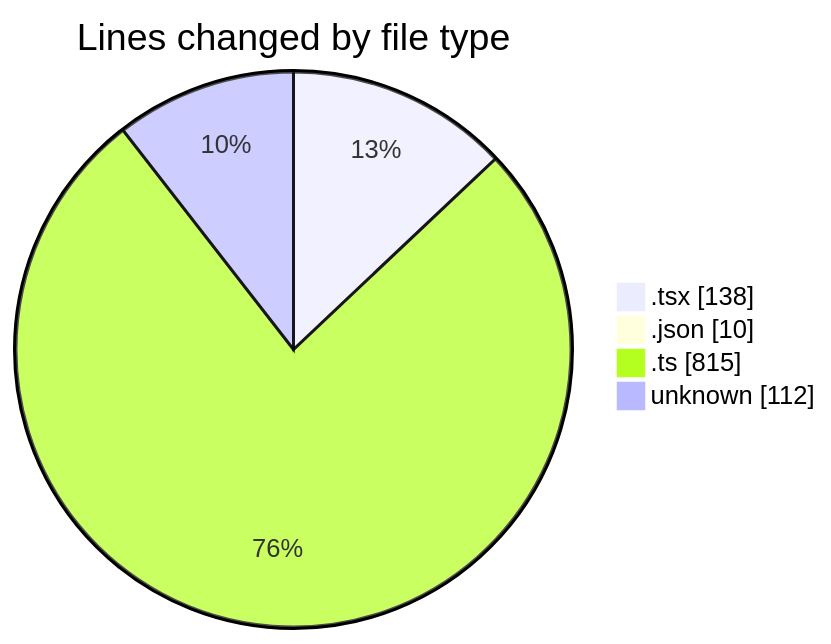
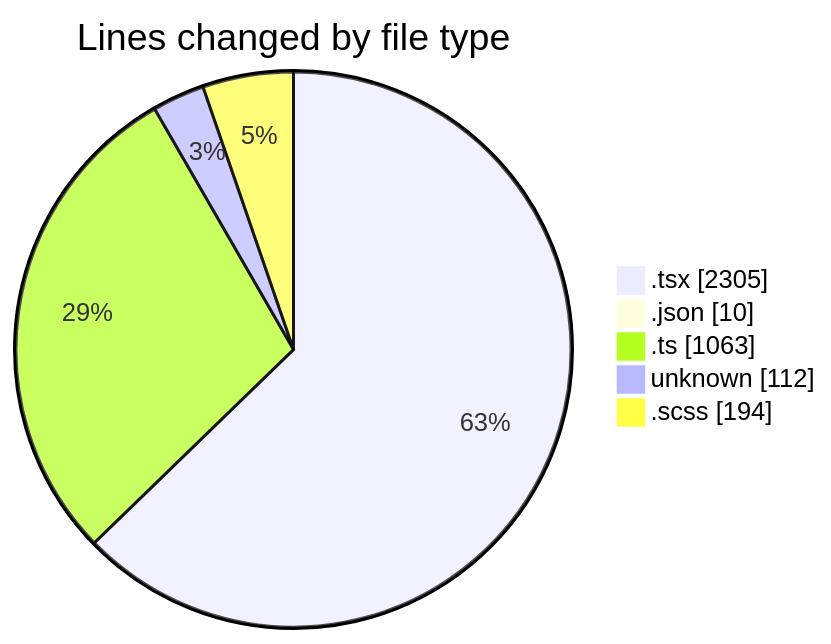
Before and after one commit to momahboobian/code-tracking: the first of 2 diagrams in 2026-04-30/cda/README.md, drawn with Mermaid. The commit also changed other lines of this file and 1 other file, not shown here.

````diff
--- a/2026-04-30/cda/README.md
+++ b/2026-04-30/cda/README.md
@@ -24,8 +51,9 @@
 ```mermaid
 pie showData
 title Lines changed by file type
-".tsx" : 138
+".tsx" : 2305
 ".json" : 10
-".ts" : 815
+".ts" : 1063
 "unknown" : 112
+".scss" : 194
 ```
````
